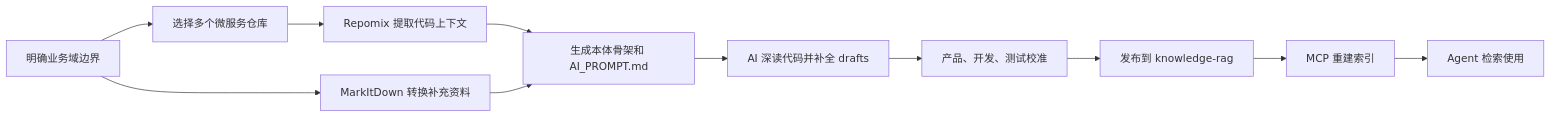
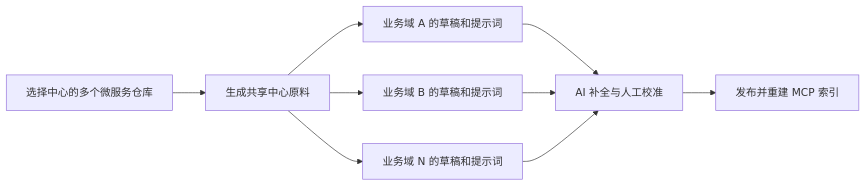
The first of 2 diagrams in README.md (Gary-Coding/knowledge-builder), drawn with Mermaid before and after one commit. The commit also changed other lines of this file and 5 other files, not shown here.

````diff
--- a/README.md
+++ b/README.md
@@ -32,13 +33,11 @@
 ```mermaid
 flowchart LR
-    A["明确业务域边界"] --> B["选择多个微服务仓库"]
-    B --> C["Repomix 提取代码上下文"]
-    A --> D["MarkItDown 转换补充资料"]
-    C --> E["生成本体骨架和 AI_PROMPT.md"]
-    D --> E
-    E --> F["AI 深读代码并补全 drafts"]
-    F --> G["产品、开发、测试校准"]
-    G --> H["发布到 knowledge-rag"]
-    H --> I["MCP 重建索引"]
-    I --> J["Agent 检索使用"]
+    A["选择中心的多个微服务仓库"] --> B["生成共享中心原料"]
+    B --> C1["业务域 A 的草稿和提示词"]
+    B --> C2["业务域 B 的草稿和提示词"]
+    B --> C3["业务域 N 的草稿和提示词"]
+    C1 --> D["AI 补全与人工校准"]
+    C2 --> D
+    C3 --> D
+    D --> E["发布并重建 MCP 索引"]
 ```
````
